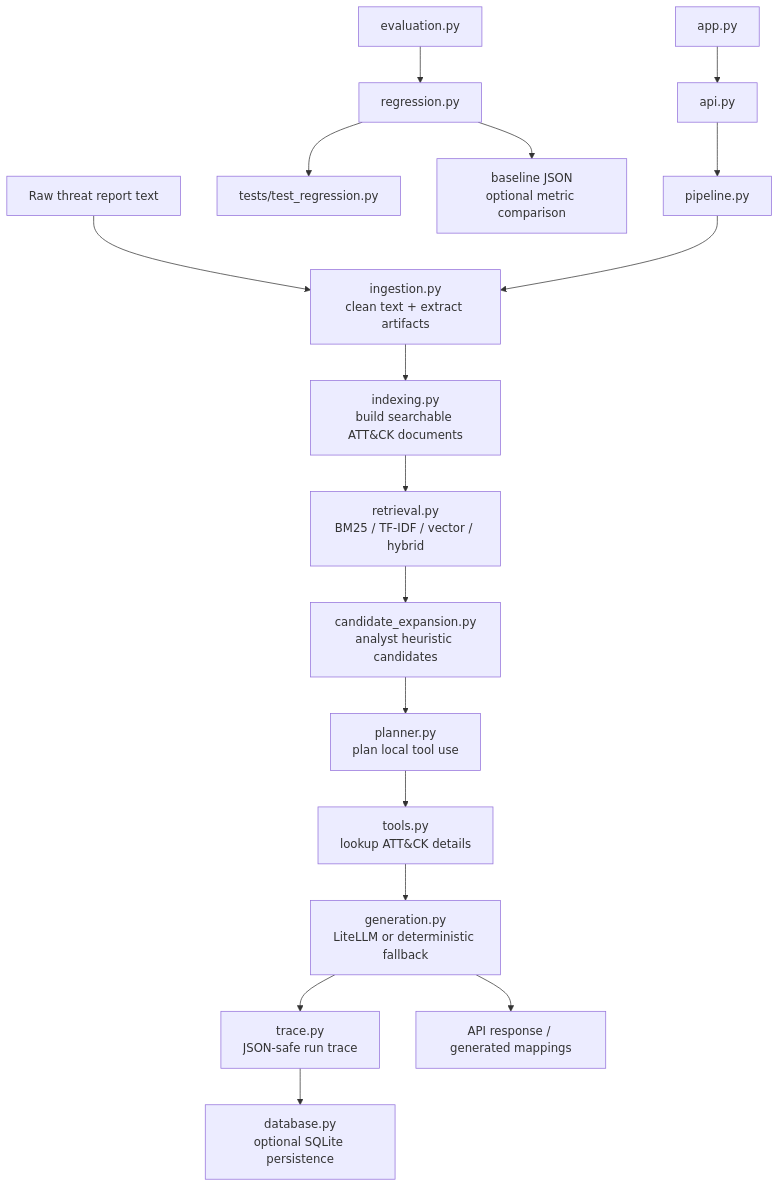
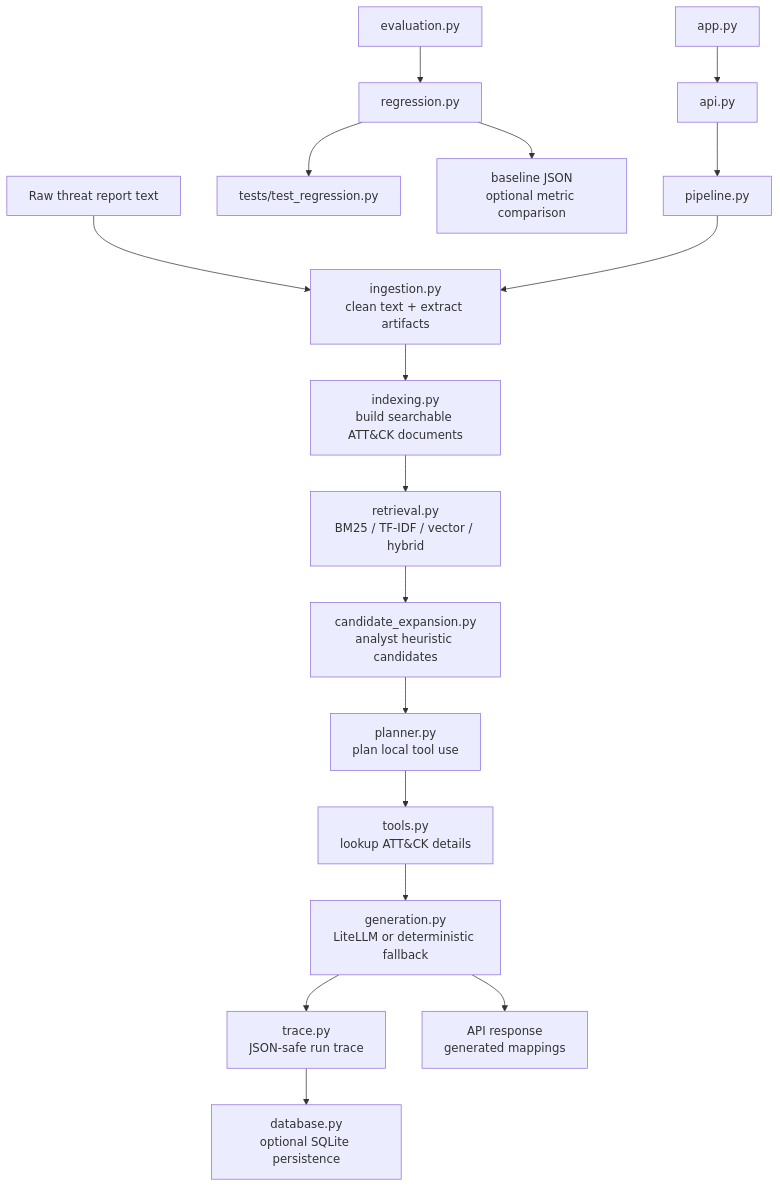
The diagram in README.md (jgwak1/mitre_attack_rag_workflow), drawn with Mermaid before and after one commit. The commit also changed other lines of this file, not shown here.

````diff
--- a/README.md
+++ b/README.md
@@ -7,21 +7,21 @@
 ```mermaid
 flowchart TD
     A[Raw threat report text] --> B[ingestion.py<br/>clean text + extract artifacts]
     B --> C[indexing.py<br/>build searchable ATT&CK documents]
     C --> D[retrieval.py<br/>BM25 / TF-IDF / vector / hybrid]
     D --> E[candidate_expansion.py<br/>analyst heuristic candidates]
     E --> F[planner.py<br/>plan local tool use]
     F --> G[tools.py<br/>lookup ATT&CK details]
     G --> H[generation.py<br/>LiteLLM or deterministic fallback]
     H --> I[trace.py<br/>JSON-safe run trace]
     I --> J[database.py<br/>optional SQLite persistence]
-    H --> K[API response / generated mappings]
+    H --> K[API response<br/>generated mappings]
 
     L[evaluation.py] --> M[regression.py]
     M --> N[tests/test_regression.py]
     M --> O[baseline JSON<br/>optional metric comparison]
 
     P[api.py] --> Q[pipeline.py]
     Q --> B
     R[app.py] --> P
 ```
````
